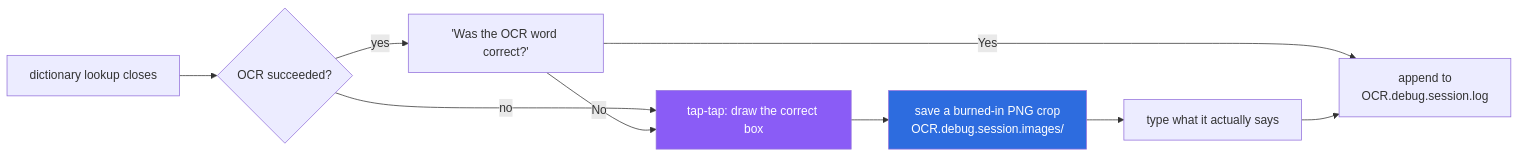
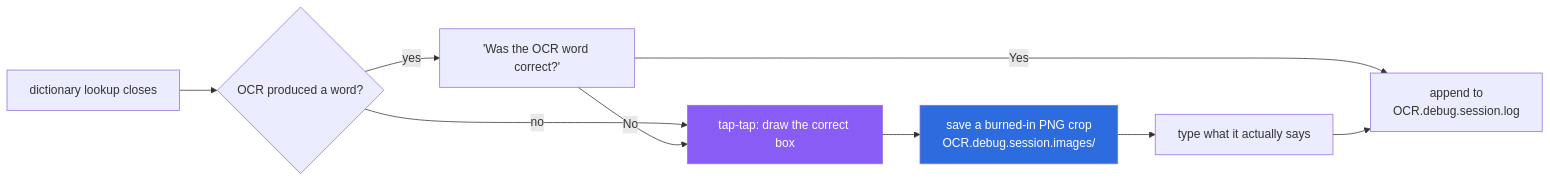
One commit to KristanLaimon/PanelsPlus changed the second of 2 diagrams in docs/WORD-LOOKUP.md. Above: the diagram before and after it, drawn with Mermaid. The commit also changed other lines of this file and 9 other files, not shown here.

````diff
--- a/docs/WORD-LOOKUP.md
+++ b/docs/WORD-LOOKUP.md
@@ -93,14 +102,14 @@
 ```mermaid
 flowchart LR
-    LOOKUP["dictionary lookup closes"] --> ASK{"OCR succeeded?"}
+    LOOKUP["dictionary lookup closes"] --> ASK{"OCR produced a word?"}
     ASK -->|no| RECT
     ASK -->|yes| CONFIRM["'Was the OCR word correct?'"]
     CONFIRM -->|Yes| LOG["append to<br/>OCR.debug.session.log"]
     CONFIRM -->|No| RECT["tap-tap: draw the correct box"]
     RECT --> CROP["save a burned-in PNG crop<br/>OCR.debug.session.images/"]
     CROP --> TEXT["type what it actually says"]
     TEXT --> LOG
 
     style RECT fill:#8a5cf6,color:#fff
     style CROP fill:#2d6cdf,color:#fff
 ```
````
